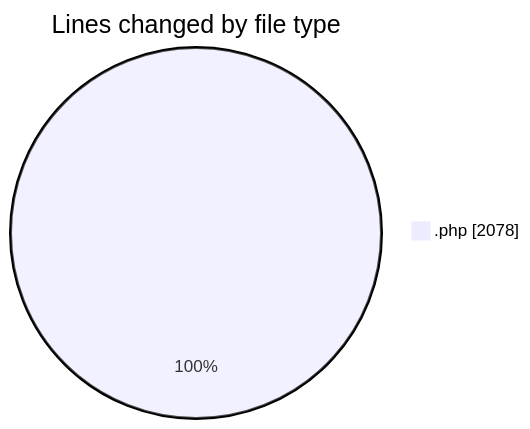
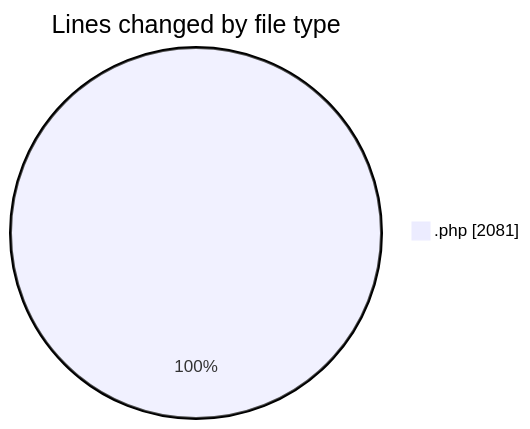
The first of 2 diagrams in 2025-10-22/untitled__workspace_/README.md (debugP/code-tracking), drawn with Mermaid before and after one commit. The commit also changed other lines of this file and 1 other file, not shown here.

````diff
--- a/2025-10-22/untitled__workspace_/README.md
+++ b/2025-10-22/untitled__workspace_/README.md
@@ -20,5 +20,5 @@
 ```mermaid
 pie showData
 title Lines changed by file type
-".php" : 2078
+".php" : 2081
 ```
````
